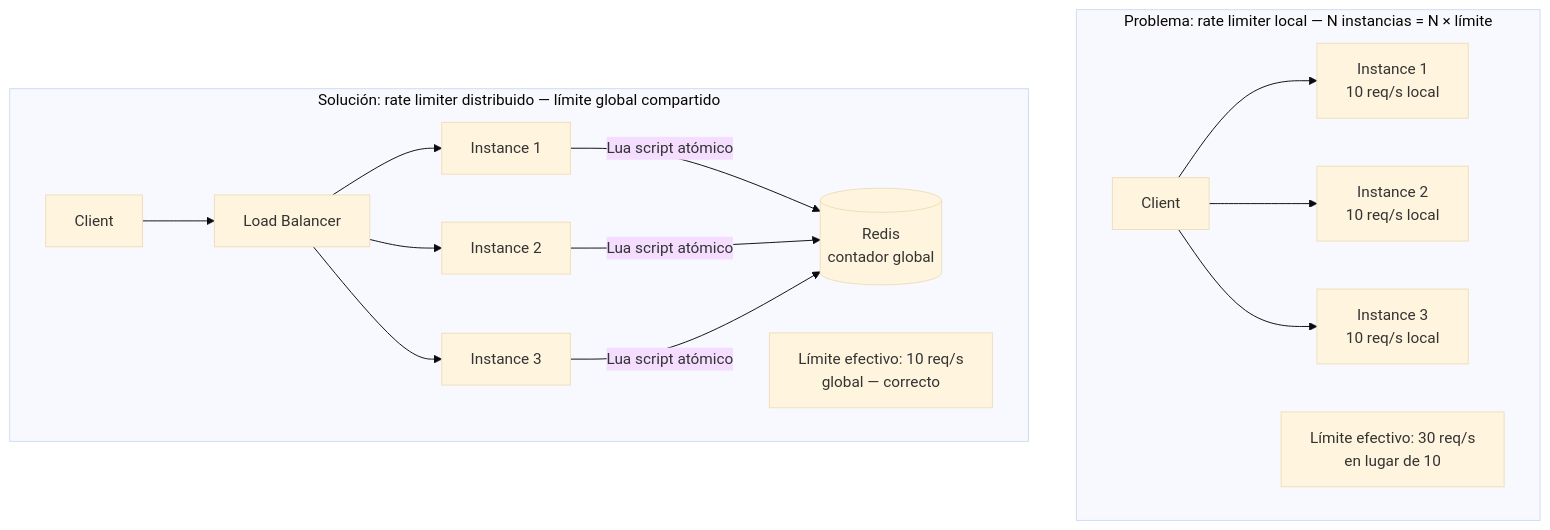
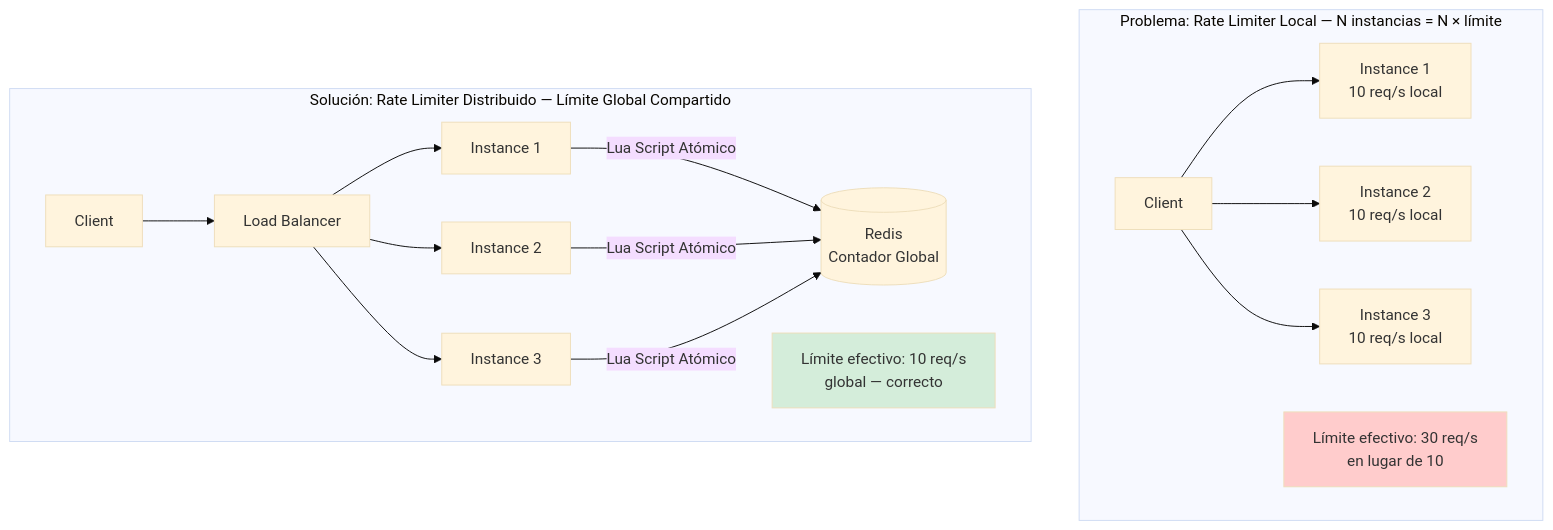
Before and after one commit to Joaquinriosheredia/DAM-Java-Mastery: the first of 3 diagrams in 02_Arquitectura/rate_limiter_distribuido_con_redis_y_java_21_STAFF.md, drawn with Mermaid (base theme). The commit also changed other lines of this file, not shown here.

Commit message:
rate_limiter_distribuido_con_redis_y_java_21_STAFF.md

````diff
--- a/02_Arquitectura/rate_limiter_distribuido_con_redis_y_java_21_STAFF.md
+++ b/02_Arquitectura/rate_limiter_distribuido_con_redis_y_java_21_STAFF.md
@@ -35,20 +39,23 @@
 ```mermaid
 graph TD
-    subgraph "Problema: rate limiter local — N instancias = N × límite"
+    subgraph "Problema: Rate Limiter Local — N instancias = N × límite"
         C1[Client] --> I1[Instance 1\n10 req/s local]
         C1 --> I2[Instance 2\n10 req/s local]
         C1 --> I3[Instance 3\n10 req/s local]
         NOTE1[Límite efectivo: 30 req/s\nen lugar de 10]
     end
 
-    subgraph "Solución: rate limiter distribuido — límite global compartido"
+    subgraph "Solución: Rate Limiter Distribuido — Límite Global Compartido"
         C2[Client] --> LB[Load Balancer]
         LB --> J1[Instance 1]
         LB --> J2[Instance 2]
         LB --> J3[Instance 3]
-        J1 -->|Lua script atómico| REDIS[(Redis\ncontador global)]
-        J2 -->|Lua script atómico| REDIS
-        J3 -->|Lua script atómico| REDIS
+        J1 -->|Lua Script Atómico| REDIS[(Redis\nContador Global)]
+        J2 -->|Lua Script Atómico| REDIS
+        J3 -->|Lua Script Atómico| REDIS
         NOTE2[Límite efectivo: 10 req/s\nglobal — correcto]
     end
+    
+    style NOTE1 fill:#ffcccc
+    style NOTE2 fill:#d4edda
 ```
````
